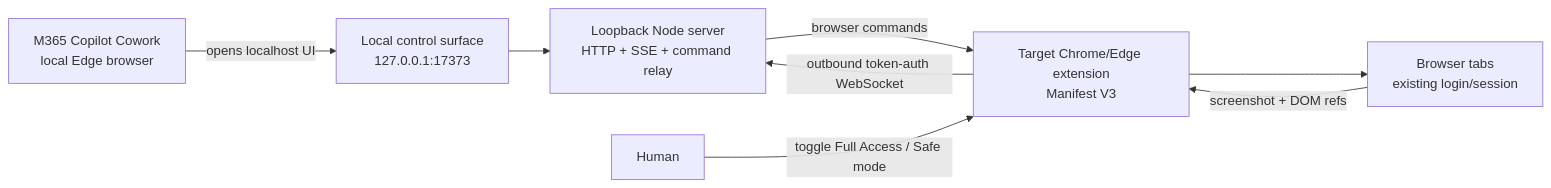
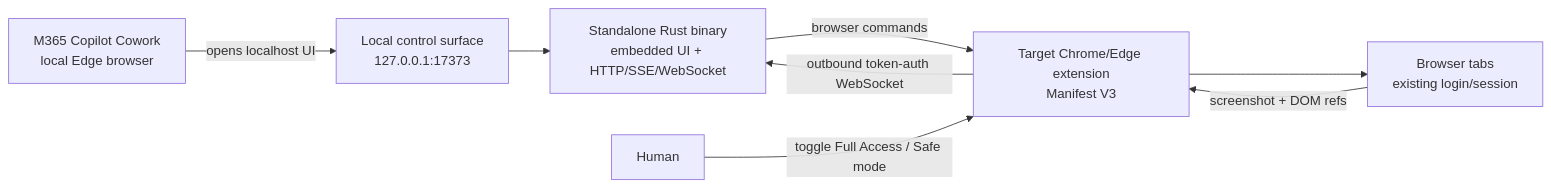
The diagram in README.md (flrngel/local-browser-bridge), drawn with Mermaid before and after one commit. The commit also changed other lines of this file and 30 other files, not shown here.

Commit message:
feat: replace bridge server with Rust

````diff
--- a/README.md
+++ b/README.md
@@ -23,10 +23,10 @@
 ```mermaid
 flowchart LR
   A["M365 Copilot Cowork<br/>local Edge browser"] -->|"opens localhost UI"| B["Local control surface<br/>127.0.0.1:17373"]
-  B --> C["Loopback Node server<br/>HTTP + SSE + command relay"]
+  B --> C["Standalone Rust binary<br/>embedded UI + HTTP/SSE/WebSocket"]
   D["Target Chrome/Edge extension<br/>Manifest V3"] -->|"outbound token-auth WebSocket"| C
   C -->|"browser commands"| D
   D --> E["Browser tabs<br/>existing login/session"]
   E -->|"screenshot + DOM refs"| D
   F["Human"] -->|"toggle Full Access / Safe mode"| D
 ```
````
